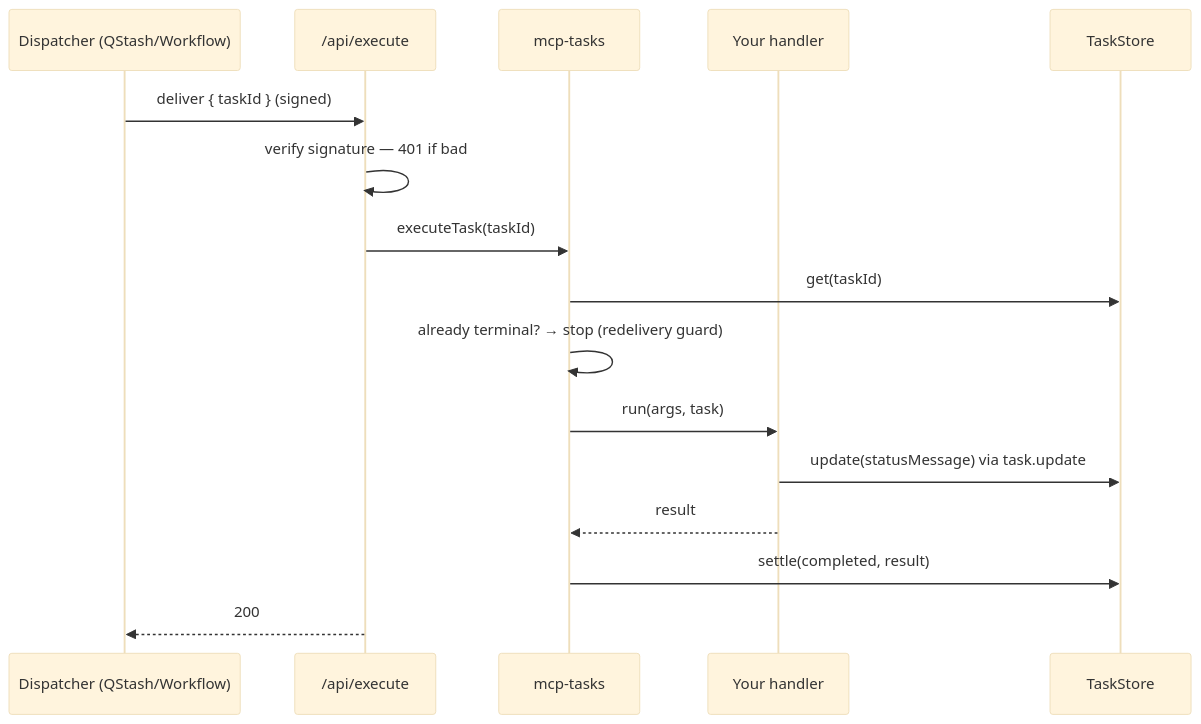
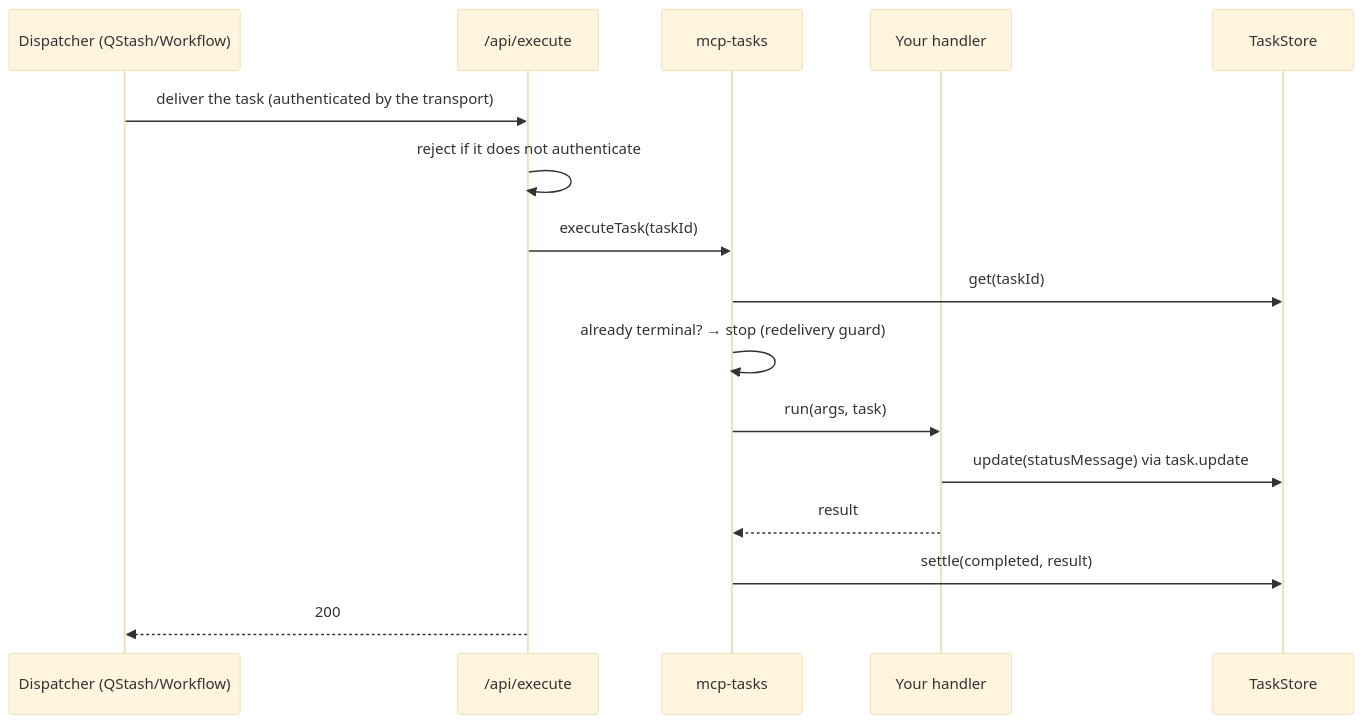
One commit to upstash/agentkit changed the second of 3 diagrams in packages/mcp-tasks/README.md. Above: the diagram before and after it, drawn with Mermaid (base theme). The commit also changed other lines of this file, not shown here.

````diff
--- a/packages/mcp-tasks/README.md
+++ b/packages/mcp-tasks/README.md
@@ -213,19 +213,19 @@
 ```mermaid
 sequenceDiagram
     participant D as Dispatcher (QStash/Workflow)
     participant E as /api/execute
     participant S as mcp-tasks
     participant H as Your handler
     participant St as TaskStore
 
-    D->>E: deliver { taskId } (signed)
-    E->>E: verify signature — 401 if bad
+    D->>E: deliver the task (authenticated by the transport)
+    E->>E: reject if it does not authenticate
     E->>S: executeTask(taskId)
     S->>St: get(taskId)
     S->>S: already terminal? → stop (redelivery guard)
     S->>H: run(args, task)
     H->>St: update(statusMessage) via task.update
     H-->>S: result
     S->>St: settle(completed, result)
     E-->>D: 200
 ```
````
